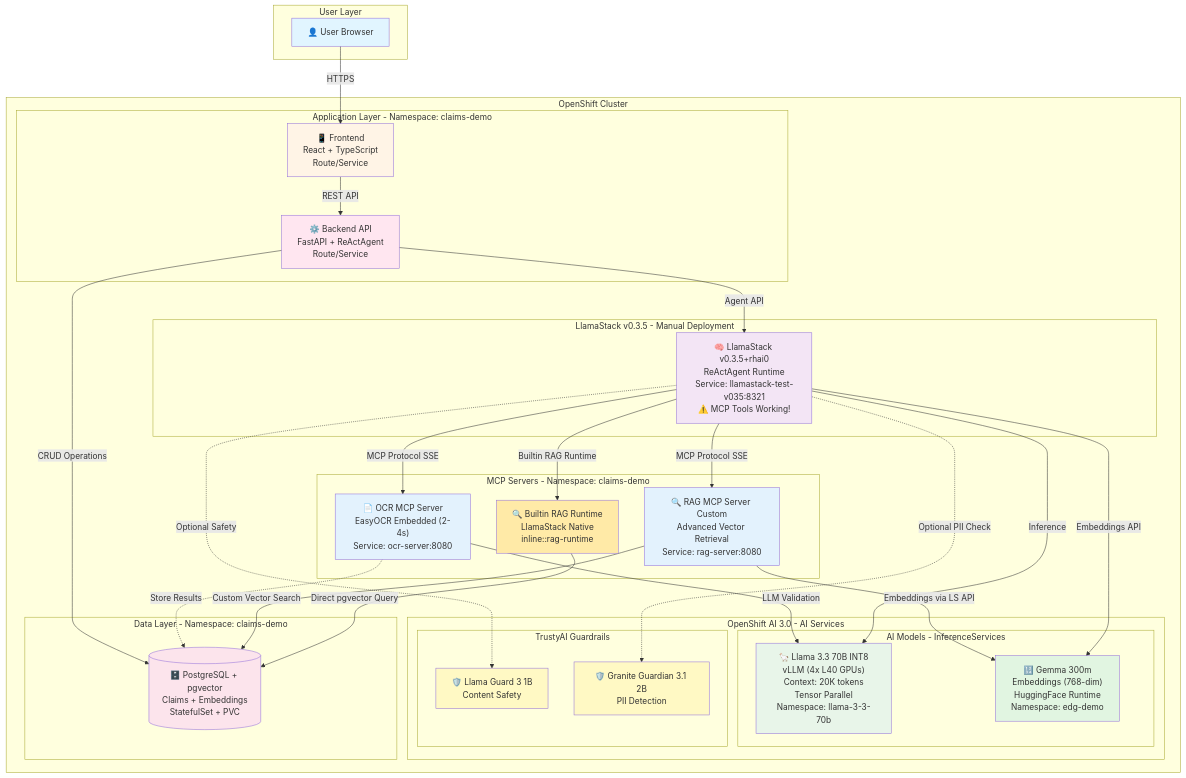
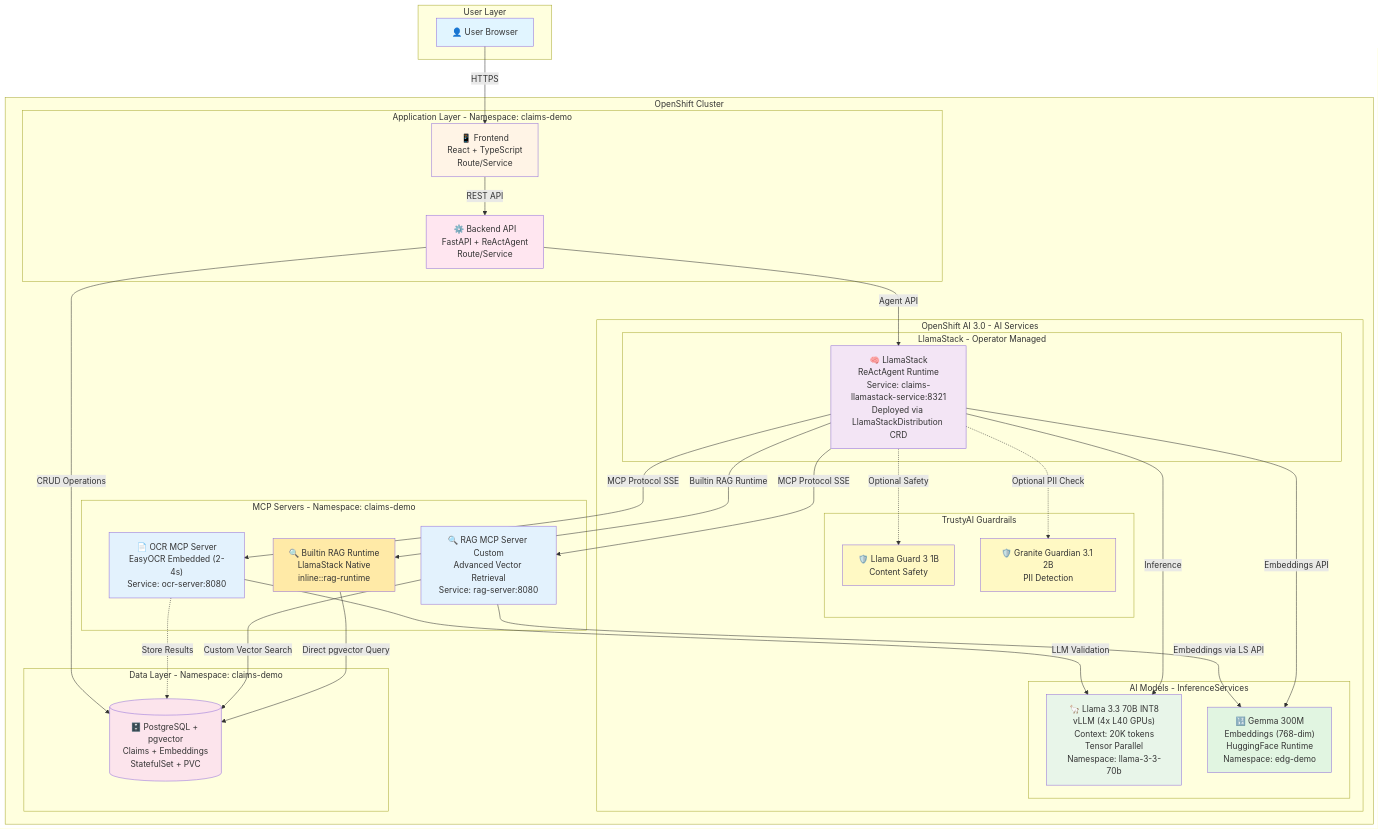
Before and after one commit to mouachan/agentic-claim-demo: the diagram in README.md, drawn with Mermaid. The commit also changed other lines of this file, not shown here.

First line of the commit message:
docs: Update README to reflect OpenShift AI LlamaStack migration

```diff
--- a/README.md
+++ b/README.md
@@ -58,15 +53,14 @@
             B[⚙️ Backend API<br/>FastAPI + ReActAgent<br/>Route/Service]
         end
 
-        subgraph "LlamaStack v0.3.5 - Manual Deployment"
-            LS[🧠 LlamaStack v0.3.5+rhai0<br/>ReActAgent Runtime<br/>Service: llamastack-test-v035:8321<br/>⚠️ MCP Tools Working!]
-        end
-
         subgraph "OpenShift AI 3.0 - AI Services"
+            subgraph "LlamaStack - Operator Managed"
+                LS[🧠 LlamaStack<br/>ReActAgent Runtime<br/>Service: claims-llamastack-service:8321<br/>Deployed via LlamaStackDistribution CRD]
+            end
 
             subgraph "AI Models - InferenceServices"
                 LLM["🦙 Llama 3.3 70B INT8<br/>vLLM (4x L40 GPUs)<br/>Context: 20K tokens<br/>Tensor Parallel<br/>Namespace: llama-3-3-70b"]
-                EMB["🔢 Gemma 300m<br/>Embeddings (768-dim)<br/>HuggingFace Runtime<br/>Namespace: edg-demo"]
+                EMB["🔢 Gemma 300M<br/>Embeddings (768-dim)<br/>HuggingFace Runtime<br/>Namespace: edg-demo"]
             end
 
             subgraph "TrustyAI Guardrails"
```
